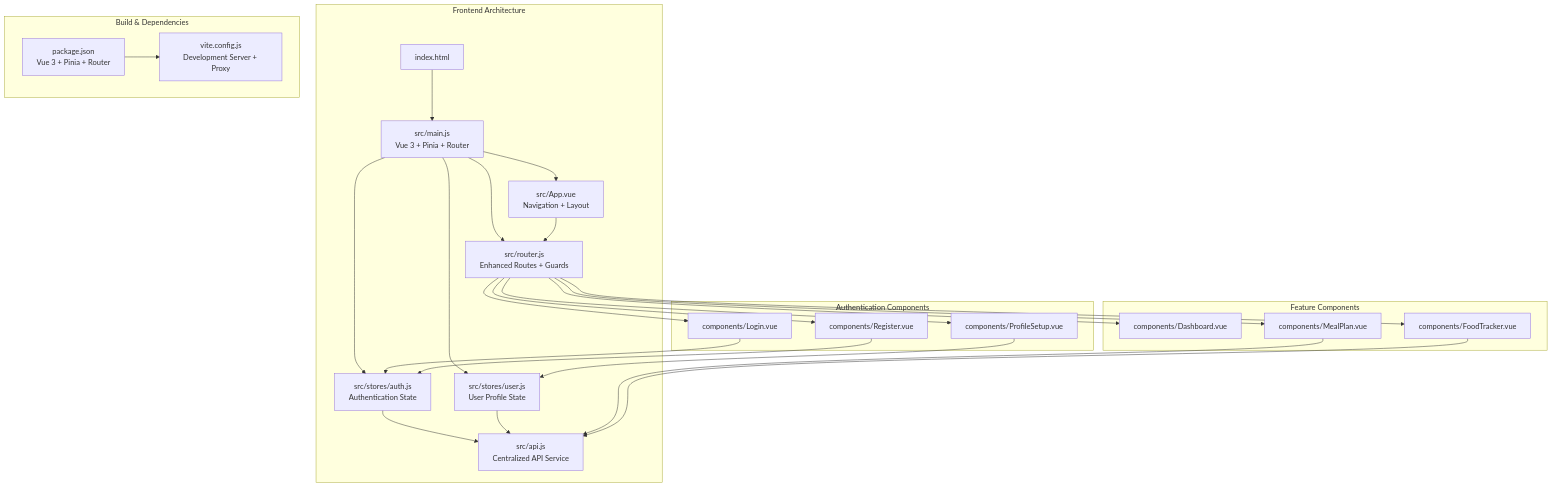
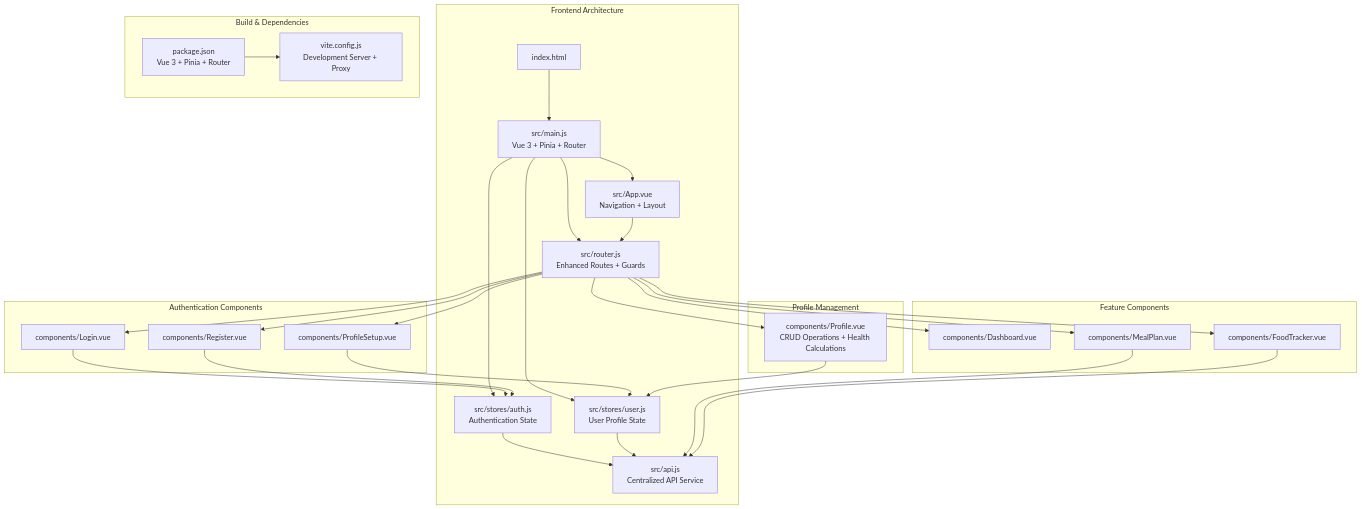
One commit to hsarjun04-netizen/NUTRICooACH changed the first of 3 diagrams in .qoder/repowiki/en/content/Frontend Application/Vue.js Application Architecture.md. Above: the diagram before and after it, drawn with Mermaid. The commit also changed other lines of this file and 9 other files, not shown here.

````diff
--- a/.qoder/repowiki/en/content/Frontend Application/Vue.js Application Architecture.md
+++ b/.qoder/repowiki/en/content/Frontend Application/Vue.js Application Architecture.md
@@ -51,46 +54,51 @@
 ```mermaid
 graph TB
 subgraph "Frontend Architecture"
 HTML["index.html"]
 MAIN["src/main.js<br/>Vue 3 + Pinia + Router"]
 APP["src/App.vue<br/>Navigation + Layout"]
 ROUTER["src/router.js<br/>Enhanced Routes + Guards"]
 AUTHSTORE["src/stores/auth.js<br/>Authentication State"]
 USERSTORE["src/stores/user.js<br/>User Profile State"]
 API["src/api.js<br/>Centralized API Service"]
 end
 subgraph "Authentication Components"
 LOGIN["components/Login.vue"]
 REGISTER["components/Register.vue"]
-PROFILE["components/ProfileSetup.vue"]
+PROFILESETUP["components/ProfileSetup.vue"]
+end
+subgraph "Profile Management"
+PROFILE["components/Profile.vue<br/>CRUD Operations + Health Calculations"]
 end
 subgraph "Feature Components"
 DASHBOARD["components/Dashboard.vue"]
 MEALPLAN["components/MealPlan.vue"]
 TRACKER["components/FoodTracker.vue"]
 end
 subgraph "Build & Dependencies"
 PKG["package.json<br/>Vue 3 + Pinia + Router"]
 VCFG["vite.config.js<br/>Development Server + Proxy"]
 end
 HTML --> MAIN
 MAIN --> APP
 MAIN --> ROUTER
 MAIN --> AUTHSTORE
 MAIN --> USERSTORE
 APP --> ROUTER
 ROUTER --> LOGIN
 ROUTER --> REGISTER
+ROUTER --> PROFILESETUP
 ROUTER --> PROFILE
 ROUTER --> DASHBOARD
 ROUTER --> MEALPLAN
 ROUTER --> TRACKER
 AUTHSTORE --> API
 USERSTORE --> API
 LOGIN --> AUTHSTORE
 REGISTER --> AUTHSTORE
+PROFILESETUP --> USERSTORE
 PROFILE --> USERSTORE
 MEALPLAN --> API
 TRACKER --> API
 PKG --> VCFG
 ```
````
